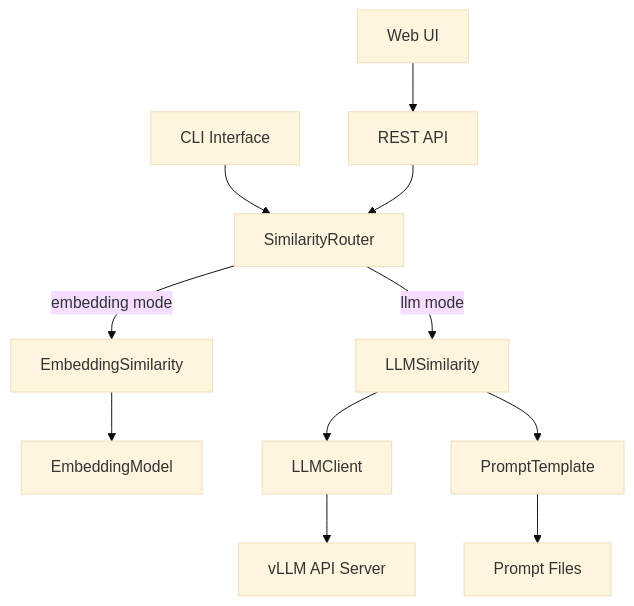
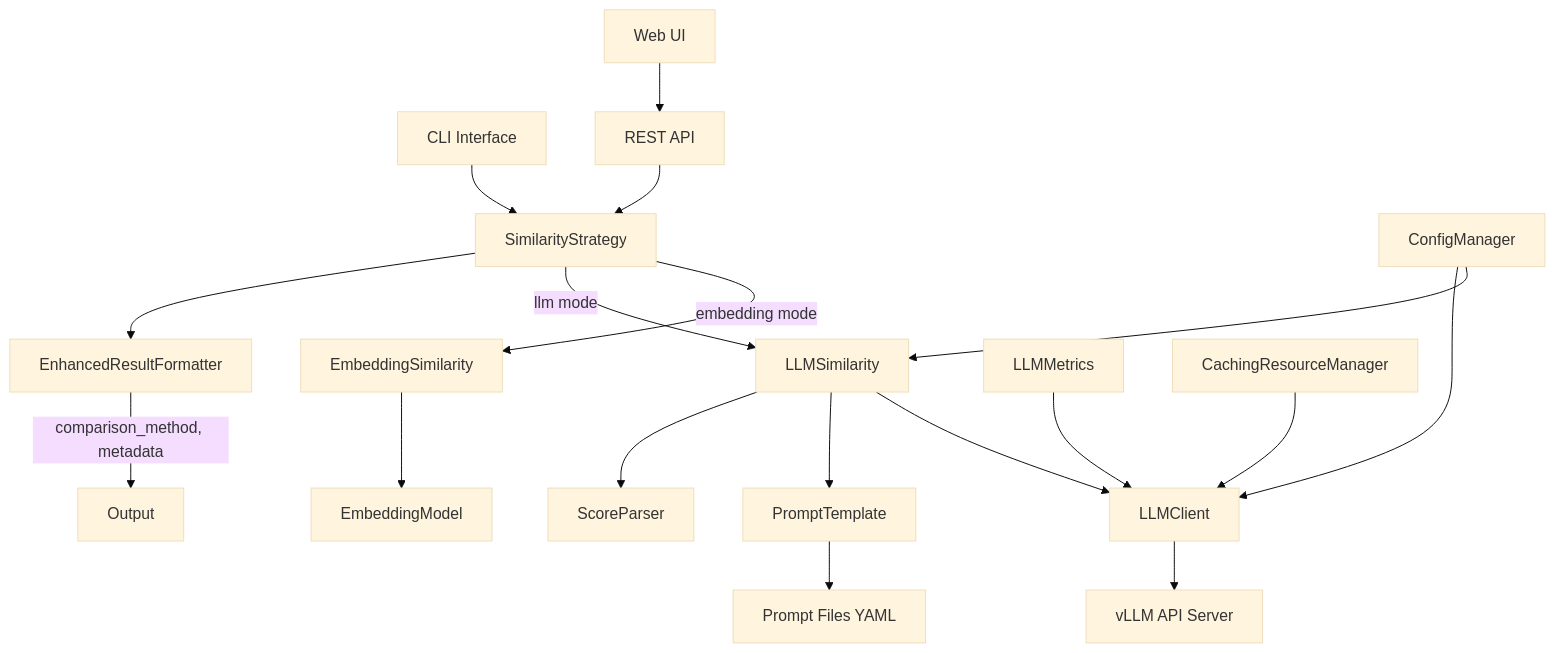
One commit to kabayan/json_compare changed the first of 3 diagrams in .kiro/specs/llm-similarity-vllm/design.md. Above: the diagram before and after it, drawn with Mermaid (base theme). The commit also changed other lines of this file and 9 other files, not shown here.

````diff
--- a/.kiro/specs/llm-similarity-vllm/design.md
+++ b/.kiro/specs/llm-similarity-vllm/design.md
@@ -36,20 +43,29 @@
 ```mermaid
 graph TB
     CLI[CLI Interface]
     WebUI[Web UI]
     API[REST API]
 
-    CLI --> SR[SimilarityRouter]
+    CLI --> SR[SimilarityStrategy]
     WebUI --> API
     API --> SR
 
     SR --> |embedding mode| ES[EmbeddingSimilarity]
     SR --> |llm mode| LS[LLMSimilarity]
 
     ES --> EM[EmbeddingModel]
     LS --> LC[LLMClient]
     LS --> PT[PromptTemplate]
+    LS --> SP[ScoreParser]
 
     LC --> VLLM[vLLM API Server]
-    PT --> PF[Prompt Files]
+    PT --> PF[Prompt Files YAML]
+
+    SR --> ERF[EnhancedResultFormatter]
+    ERF --> |comparison_method, metadata| OUT[Output]
+
+    CM[ConfigManager] --> LS
+    CM --> LC
+    LM[LLMMetrics] --> LC
+    CR[CachingResourceManager] --> LC
 ```
````
